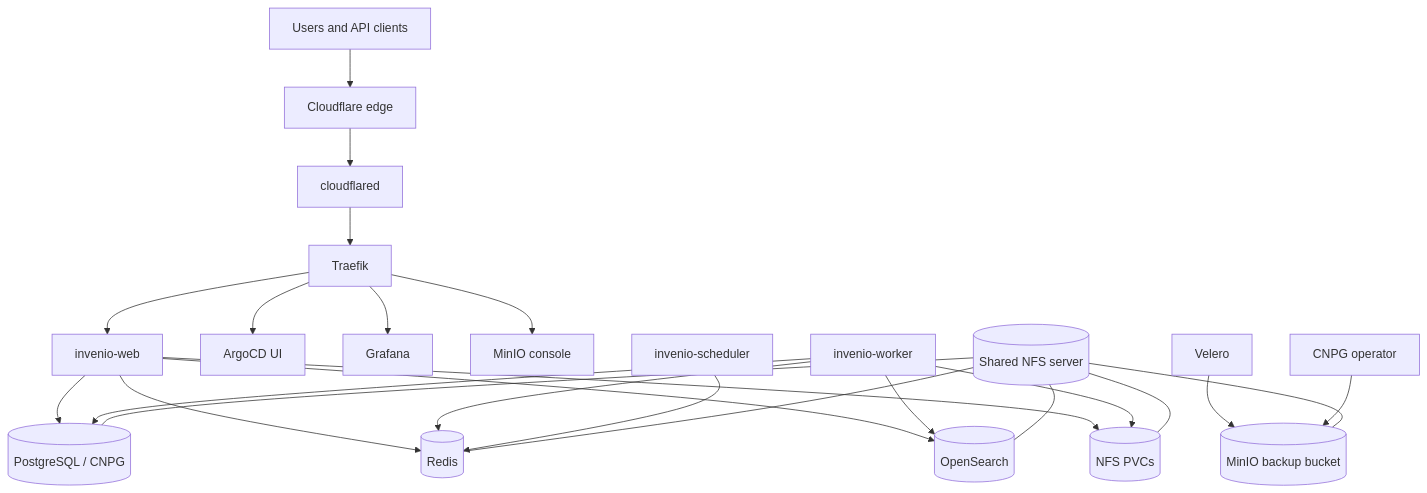
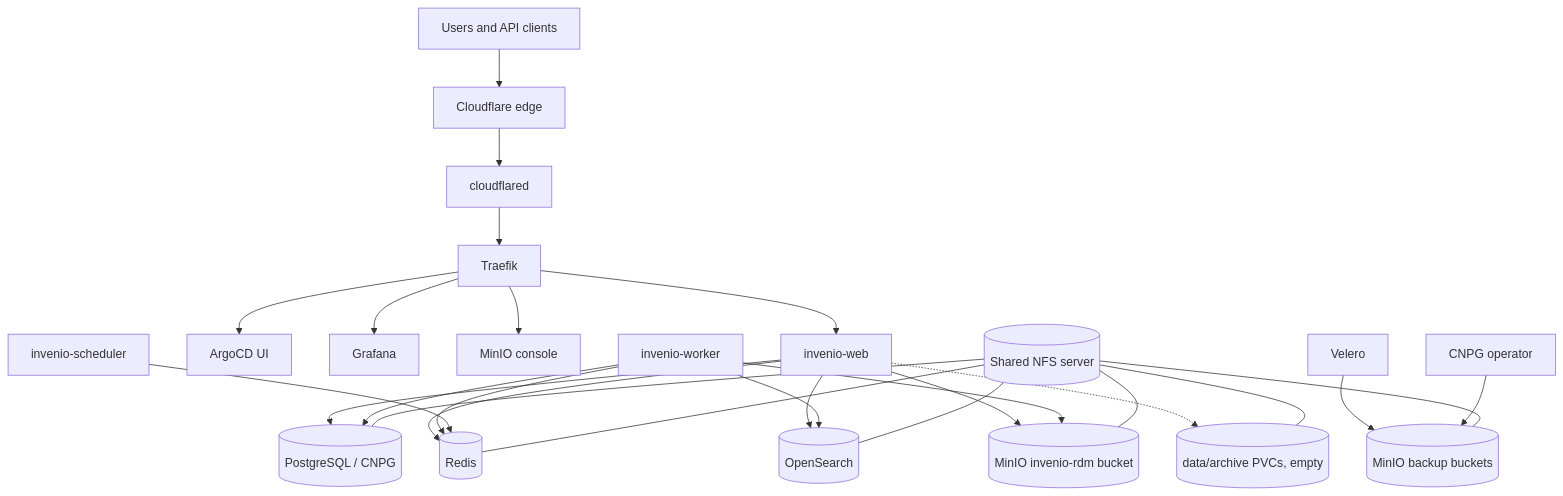
One commit to vityasyyy/invenio-rdm-gitops changed the first of 2 diagrams in README.md. Above: the diagram before and after it, drawn with Mermaid. The commit also changed other lines of this file and 4 other files, not shown here.

````diff
--- a/README.md
+++ b/README.md
@@ -18,29 +21,31 @@
 ```mermaid
 flowchart TD
     Users[Users and API clients] --> CF[Cloudflare edge]
     CF --> Tunnel[cloudflared]
     Tunnel --> Traefik[Traefik]
     Traefik --> Web[invenio-web]
     Traefik --> ArgoUI[ArgoCD UI]
     Traefik --> Grafana[Grafana]
     Traefik --> MinIOUI[MinIO console]
 
     Web --> PG[(PostgreSQL / CNPG)]
     Web --> Redis[(Redis)]
     Web --> Search[(OpenSearch)]
-    Web --> Files[(NFS PVCs)]
+    Web --> Files[(MinIO invenio-rdm bucket)]
     Worker[invenio-worker] --> PG
     Worker --> Redis
     Worker --> Search
     Worker --> Files
     Beat[invenio-scheduler] --> Redis
+    Web -.-> Local[(data/archive PVCs, empty)]
 
-    Velero[Velero] --> BackupStore[(MinIO backup bucket)]
+    Velero[Velero] --> BackupStore[(MinIO backup buckets)]
     CNPG[CNPG operator] --> BackupStore
 
-    NFS[(Shared NFS server)] --- Files
+    NFS[(Shared NFS server)] --- Local
     NFS --- PG
     NFS --- Redis
     NFS --- Search
+    NFS --- Files
     NFS --- BackupStore
 ```
````
